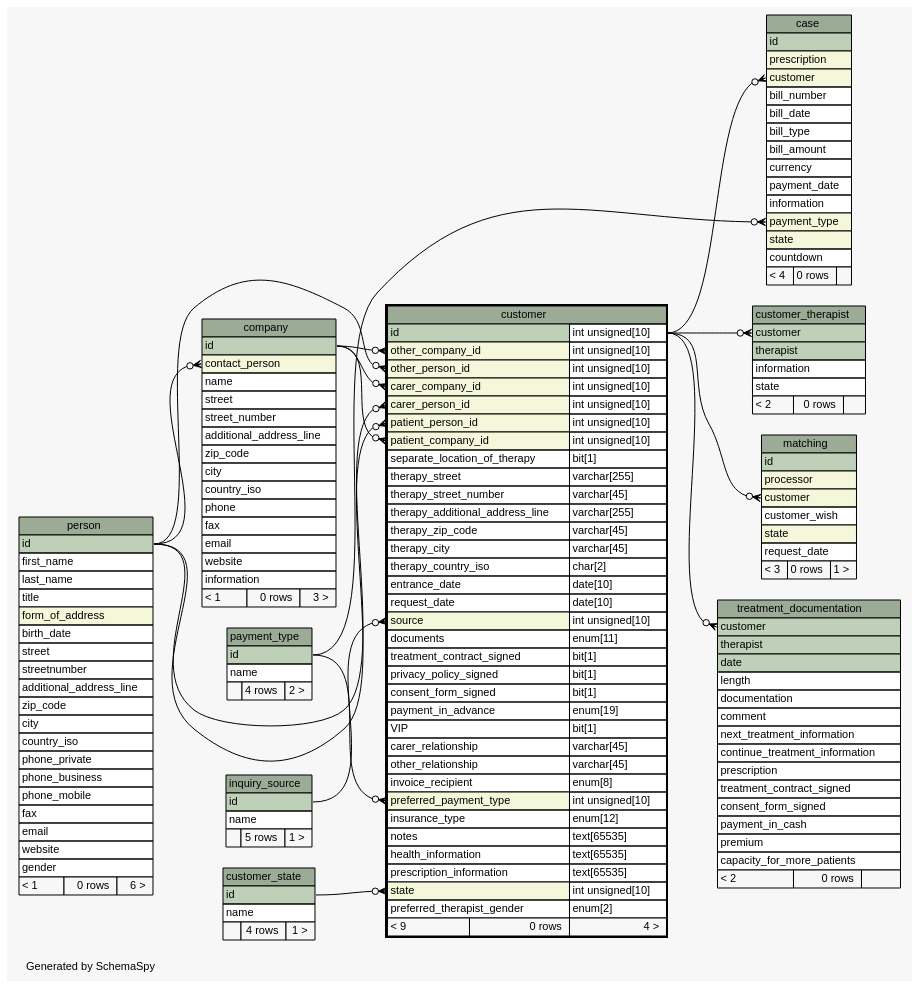
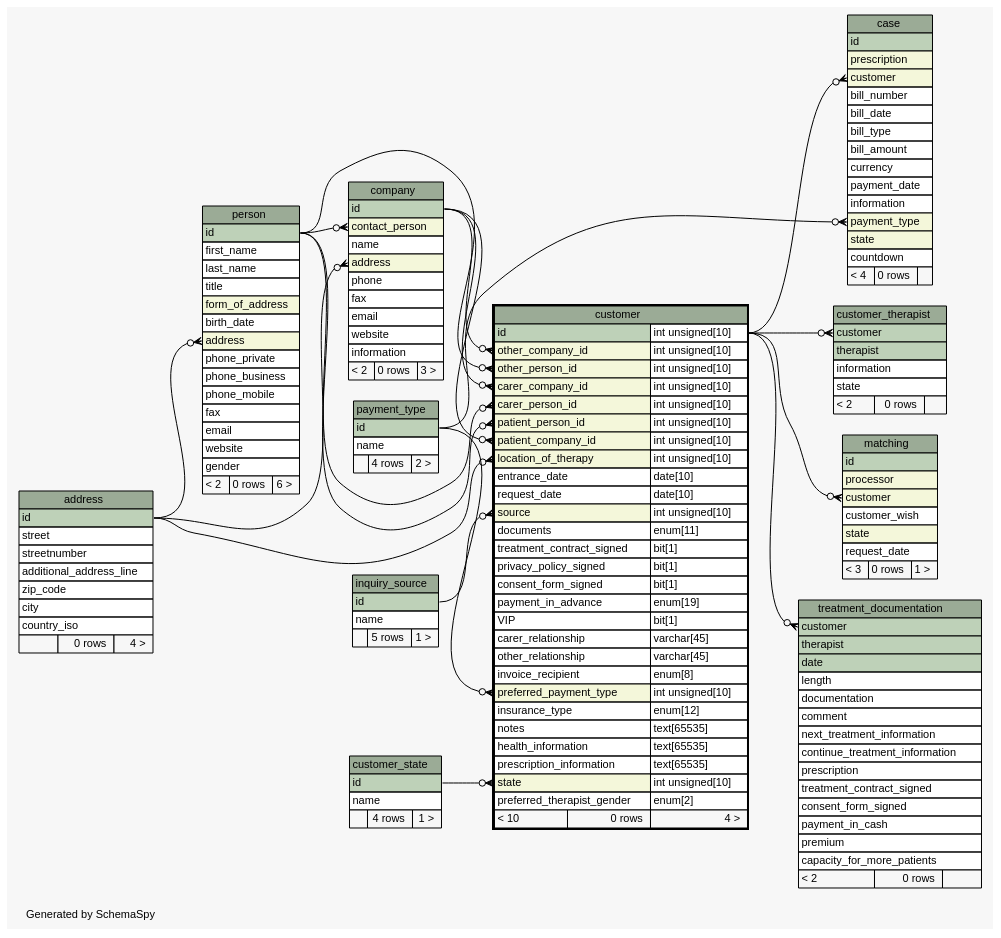
Before and after one commit to KaiBMP/KaiBMP.github.io: the diagram in diagrams/customer.1degree.dot, drawn with Graphviz. The commit also changed 136 other files, not shown here.

Commit message:
schemaspy update

```diff
--- a/diagrams/customer.1degree.dot
+++ b/diagrams/customer.1degree.dot
@@ -21,9 +21,11 @@
   ];
   "case":"customer":w -> "customer":"id.type":e [arrowhead=none dir=back arrowtail=crowodot];
   "case":"payment_type":w -> "payment_type":"id":e [arrowhead=none dir=back arrowtail=crowodot];
+  "company":"address":w -> "address":"id":e [arrowhead=none dir=back arrowtail=crowodot];
   "company":"contact_person":w -> "person":"id":e [arrowhead=none dir=back arrowtail=crowodot];
   "customer":"carer_company_id":w -> "company":"id":e [arrowhead=none dir=back arrowtail=crowodot];
   "customer":"carer_person_id":w -> "person":"id":e [arrowhead=none dir=back arrowtail=crowodot];
+  "customer":"location_of_therapy":w -> "address":"id":e [arrowhead=none dir=back arrowtail=crowodot];
   "customer":"other_company_id":w -> "company":"id":e [arrowhead=none dir=back arrowtail=crowodot];
   "customer":"other_person_id":w -> "person":"id":e [arrowhead=none dir=back arrowtail=crowodot];
   "customer":"patient_company_id":w -> "company":"id":e [arrowhead=none dir=back arrowtail=crowodot];
@@ -33,7 +35,24 @@
   "customer":"state":w -> "customer_state":"id":e [arrowhead=none dir=back arrowtail=crowodot];
   "customer_therapist":"customer":w -> "customer":"id.type":e [arrowhead=none dir=back arrowtail=crowodot];
   "matching":"customer":w -> "customer":"id.type":e [arrowhead=none dir=back arrowtail=crowodot];
+  "person":"address":w -> "address":"id":e [arrowhead=none dir=back arrowtail=crowodot];
   "treatment_documentation":"customer":w -> "customer":"id.type":e [arrowhead=none dir=back arrowtail=crowodot];
+  "address" [
+    label=<
+    <TABLE BORDER="0" CELLBORDER="1" CELLSPACING="0" BGCOLOR="#ffffff">
+      <TR><TD COLSPAN="3" BGCOLOR="#9bab96" ALIGN="CENTER">address</TD></TR>
+      <TR><TD PORT="id" COLSPAN="3" BGCOLOR="#bed1b8" ALIGN="LEFT">id</TD></TR>
+      <TR><TD PORT="street" COLSPAN="3" ALIGN="LEFT">street</TD></TR>
+      <TR><TD PORT="streetnumber" COLSPAN="3" ALIGN="LEFT">streetnumber</TD></TR>
+      <TR><TD PORT="additional_address_line" COLSPAN="3" ALIGN="LEFT">additional_address_line</TD></TR>
+      <TR><TD PORT="zip_code" COLSPAN="3" ALIGN="LEFT">zip_code</TD></TR>
+      <TR><TD PORT="city" COLSPAN="3" ALIGN="LEFT">city</TD></TR>
+      <TR><TD PORT="country_iso" COLSPAN="3" ALIGN="LEFT">country_iso</TD></TR>
+      <TR><TD ALIGN="LEFT" BGCOLOR="#f7f7f7">  </TD><TD ALIGN="RIGHT" BGCOLOR="#f7f7f7">0 rows</TD><TD ALIGN="RIGHT" BGCOLOR="#f7f7f7">4 &gt;</TD></TR>
+    </TABLE>>
+    URL="address.html"
+    tooltip="address"
+  ];
   "case" [
     label=<
     <TABLE BORDER="0" CELLBORDER="1" CELLSPACING="0" BGCOLOR="#ffffff">
@@ -63,18 +82,13 @@
       <TR><TD PORT="id" COLSPAN="3" BGCOLOR="#bed1b8" ALIGN="LEFT">id</TD></TR>
       <TR><TD PORT="contact_person" COLSPAN="3" BGCOLOR="#f4f7da" ALIGN="LEFT">contact_person</TD></TR>
       <TR><TD PORT="name" COLSPAN="3" ALIGN="LEFT">name</TD></TR>
-      <TR><TD PORT="street" COLSPAN="3" ALIGN="LEFT">street</TD></TR>
-      <TR><TD PORT="street_number" COLSPAN="3" ALIGN="LEFT">street_number</TD></TR>
-      <TR><TD PORT="additional_address_line" COLSPAN="3" ALIGN="LEFT">additional_address_line</TD></TR>
-      <TR><TD PORT="zip_code" COLSPAN="3" ALIGN="LEFT">zip_code</TD></TR>
-      <TR><TD PORT="city" COLSPAN="3" ALIGN="LEFT">city</TD></TR>
-      <TR><TD PORT="country_iso" COLSPAN="3" ALIGN="LEFT">country_iso</TD></TR>
+      <TR><TD PORT="address" COLSPAN="3" BGCOLOR="#f4f7da" ALIGN="LEFT">address</TD></TR>
       <TR><TD PORT="phone" COLSPAN="3" ALIGN="LEFT">phone</TD></TR>
       <TR><TD PORT="fax" COLSPAN="3" ALIGN="LEFT">fax</TD></TR>
       <TR><TD PORT="email" COLSPAN="3" ALIGN="LEFT">email</TD></TR>
       <TR><TD PORT="website" COLSPAN="3" ALIGN="LEFT">website</TD></TR>
       <TR><TD PORT="information" COLSPAN="3" ALIGN="LEFT">information</TD></TR>
-      <TR><TD ALIGN="LEFT" BGCOLOR="#f7f7f7">&lt; 1</TD><TD ALIGN="RIGHT" BGCOLOR="#f7f7f7">0 rows</TD><TD ALIGN="RIGHT" BGCOLOR="#f7f7f7">3 &gt;</TD></TR>
+      <TR><TD ALIGN="LEFT" BGCOLOR="#f7f7f7">&lt; 2</TD><TD ALIGN="RIGHT" BGCOLOR="#f7f7f7">0 rows</TD><TD ALIGN="RIGHT" BGCOLOR="#f7f7f7">3 &gt;</TD></TR>
     </TABLE>>
     URL="company.html"
     tooltip="company"
@@ -90,13 +104,7 @@
       <TR><TD PORT="carer_person_id" COLSPAN="2" BGCOLOR="#f4f7da" ALIGN="LEFT">carer_person_id</TD><TD PORT="carer_person_id.type" ALIGN="LEFT">int unsigned[10]</TD></TR>
       <TR><TD PORT="patient_person_id" COLSPAN="2" BGCOLOR="#f4f7da" ALIGN="LEFT">patient_person_id</TD><TD PORT="patient_person_id.type" ALIGN="LEFT">int unsigned[10]</TD></TR>
       <TR><TD PORT="patient_company_id" COLSPAN="2" BGCOLOR="#f4f7da" ALIGN="LEFT">patient_company_id</TD><TD PORT="patient_company_id.type" ALIGN="LEFT">int unsigned[10]</TD></TR>
-      <TR><TD PORT="separate_location_of_therapy" COLSPAN="2" ALIGN="LEFT">separate_location_of_therapy</TD><TD PORT="separate_location_of_therapy.type" ALIGN="LEFT">bit[1]</TD></TR>
-      <TR><TD PORT="therapy_street" COLSPAN="2" ALIGN="LEFT">therapy_street</TD><TD PORT="therapy_street.type" ALIGN="LEFT">varchar[255]</TD></TR>
-      <TR><TD PORT="therapy_street_number" COLSPAN="2" ALIGN="LEFT">therapy_street_number</TD><TD PORT="therapy_street_number.type" ALIGN="LEFT">varchar[45]</TD></TR>
-      <TR><TD PORT="therapy_additional_address_line" COLSPAN="2" ALIGN="LEFT">therapy_additional_address_line</TD><TD PORT="therapy_additional_address_line.type" ALIGN="LEFT">varchar[255]</TD></TR>
-      <TR><TD PORT="therapy_zip_code" COLSPAN="2" ALIGN="LEFT">therapy_zip_code</TD><TD PORT="therapy_zip_code.type" ALIGN="LEFT">varchar[45]</TD></TR>
-      <TR><TD PORT="therapy_city" COLSPAN="2" ALIGN="LEFT">therapy_city</TD><TD PORT="therapy_city.type" ALIGN="LEFT">varchar[45]</TD></TR>
-      <TR><TD PORT="therapy_country_iso" COLSPAN="2" ALIGN="LEFT">therapy_country_iso</TD><TD PORT="therapy_country_iso.type" ALIGN="LEFT">char[2]</TD></TR>
+      <TR><TD PORT="location_of_therapy" COLSPAN="2" BGCOLOR="#f4f7da" ALIGN="LEFT">location_of_therapy</TD><TD PORT="location_of_therapy.type" ALIGN="LEFT">int unsigned[10]</TD></TR>
       <TR><TD PORT="entrance_date" COLSPAN="2" ALIGN="LEFT">entrance_date</TD><TD PORT="entrance_date.type" ALIGN="LEFT">date[10]</TD></TR>
       <TR><TD PORT="request_date" COLSPAN="2" ALIGN="LEFT">request_date</TD><TD PORT="request_date.type" ALIGN="LEFT">date[10]</TD></TR>
       <TR><TD PORT="source" COLSPAN="2" BGCOLOR="#f4f7da" ALIGN="LEFT">source</TD><TD PORT="source.type" ALIGN="LEFT">int unsigned[10]</TD></TR>
@@ -116,7 +124,7 @@
       <TR><TD PORT="prescription_information" COLSPAN="2" ALIGN="LEFT">prescription_information</TD><TD PORT="prescription_information.type" ALIGN="LEFT">text[65535]</TD></TR>
       <TR><TD PORT="state" COLSPAN="2" BGCOLOR="#f4f7da" ALIGN="LEFT">state</TD><TD PORT="state.type" ALIGN="LEFT">int unsigned[10]</TD></TR>
       <TR><TD PORT="preferred_therapist_gender" COLSPAN="2" ALIGN="LEFT">preferred_therapist_gender</TD><TD PORT="preferred_therapist_gender.type" ALIGN="LEFT">enum[2]</TD></TR>
-      <TR><TD ALIGN="LEFT" BGCOLOR="#f7f7f7">&lt; 9</TD><TD ALIGN="RIGHT" BGCOLOR="#f7f7f7">0 rows</TD><TD ALIGN="RIGHT" BGCOLOR="#f7f7f7">4 &gt;</TD></TR>
+      <TR><TD ALIGN="LEFT" BGCOLOR="#f7f7f7">&lt; 10</TD><TD ALIGN="RIGHT" BGCOLOR="#f7f7f7">0 rows</TD><TD ALIGN="RIGHT" BGCOLOR="#f7f7f7">4 &gt;</TD></TR>
     </TABLE>>
     URL="customer.html"
     tooltip="customer"
@@ -192,12 +200,7 @@
       <TR><TD PORT="title" COLSPAN="3" ALIGN="LEFT">title</TD></TR>
       <TR><TD PORT="form_of_address" COLSPAN="3" BGCOLOR="#f4f7da" ALIGN="LEFT">form_of_address</TD></TR>
       <TR><TD PORT="birth_date" COLSPAN="3" ALIGN="LEFT">birth_date</TD></TR>
-      <TR><TD PORT="street" COLSPAN="3" ALIGN="LEFT">street</TD></TR>
-      <TR><TD PORT="streetnumber" COLSPAN="3" ALIGN="LEFT">streetnumber</TD></TR>
-      <TR><TD PORT="additional_address_line" COLSPAN="3" ALIGN="LEFT">additional_address_line</TD></TR>
-      <TR><TD PORT="zip_code" COLSPAN="3" ALIGN="LEFT">zip_code</TD></TR>
-      <TR><TD PORT="city" COLSPAN="3" ALIGN="LEFT">city</TD></TR>
-      <TR><TD PORT="country_iso" COLSPAN="3" ALIGN="LEFT">country_iso</TD></TR>
+      <TR><TD PORT="address" COLSPAN="3" BGCOLOR="#f4f7da" ALIGN="LEFT">address</TD></TR>
       <TR><TD PORT="phone_private" COLSPAN="3" ALIGN="LEFT">phone_private</TD></TR>
       <TR><TD PORT="phone_business" COLSPAN="3" ALIGN="LEFT">phone_business</TD></TR>
       <TR><TD PORT="phone_mobile" COLSPAN="3" ALIGN="LEFT">phone_mobile</TD></TR>
@@ -205,7 +208,7 @@
       <TR><TD PORT="email" COLSPAN="3" ALIGN="LEFT">email</TD></TR>
       <TR><TD PORT="website" COLSPAN="3" ALIGN="LEFT">website</TD></TR>
       <TR><TD PORT="gender" COLSPAN="3" ALIGN="LEFT">gender</TD></TR>
-      <TR><TD ALIGN="LEFT" BGCOLOR="#f7f7f7">&lt; 1</TD><TD ALIGN="RIGHT" BGCOLOR="#f7f7f7">0 rows</TD><TD ALIGN="RIGHT" BGCOLOR="#f7f7f7">6 &gt;</TD></TR>
+      <TR><TD ALIGN="LEFT" BGCOLOR="#f7f7f7">&lt; 2</TD><TD ALIGN="RIGHT" BGCOLOR="#f7f7f7">0 rows</TD><TD ALIGN="RIGHT" BGCOLOR="#f7f7f7">6 &gt;</TD></TR>
     </TABLE>>
     URL="person.html"
     tooltip="person"
```
